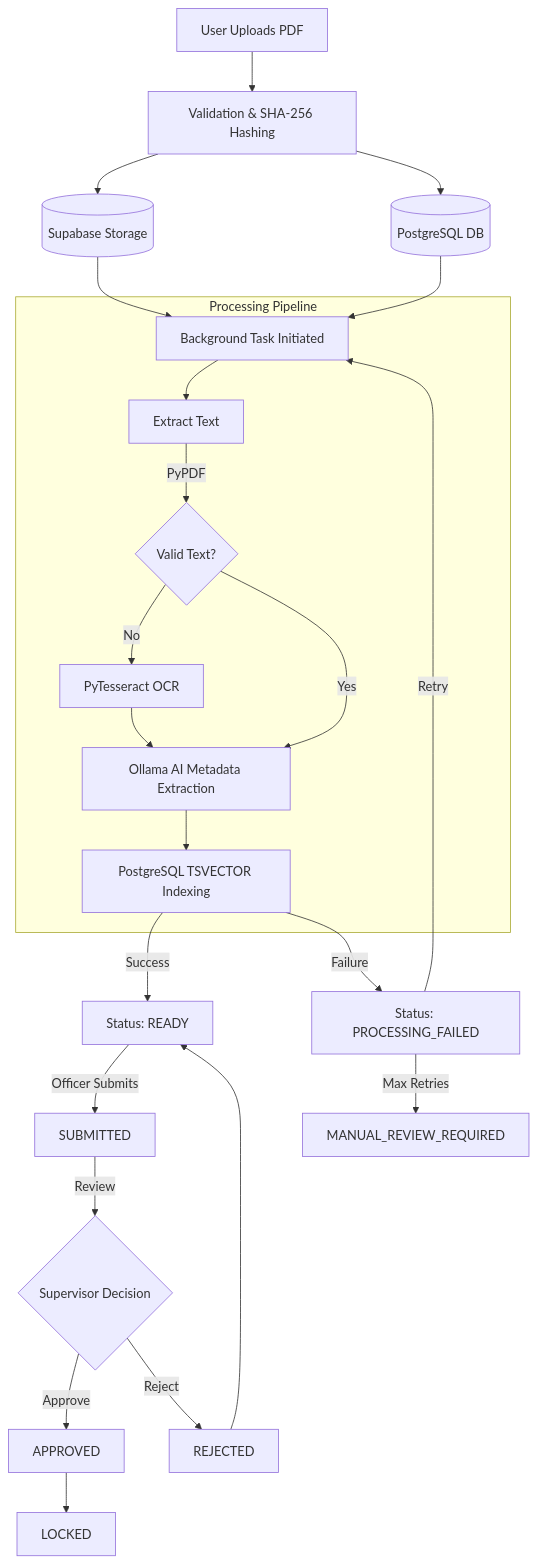
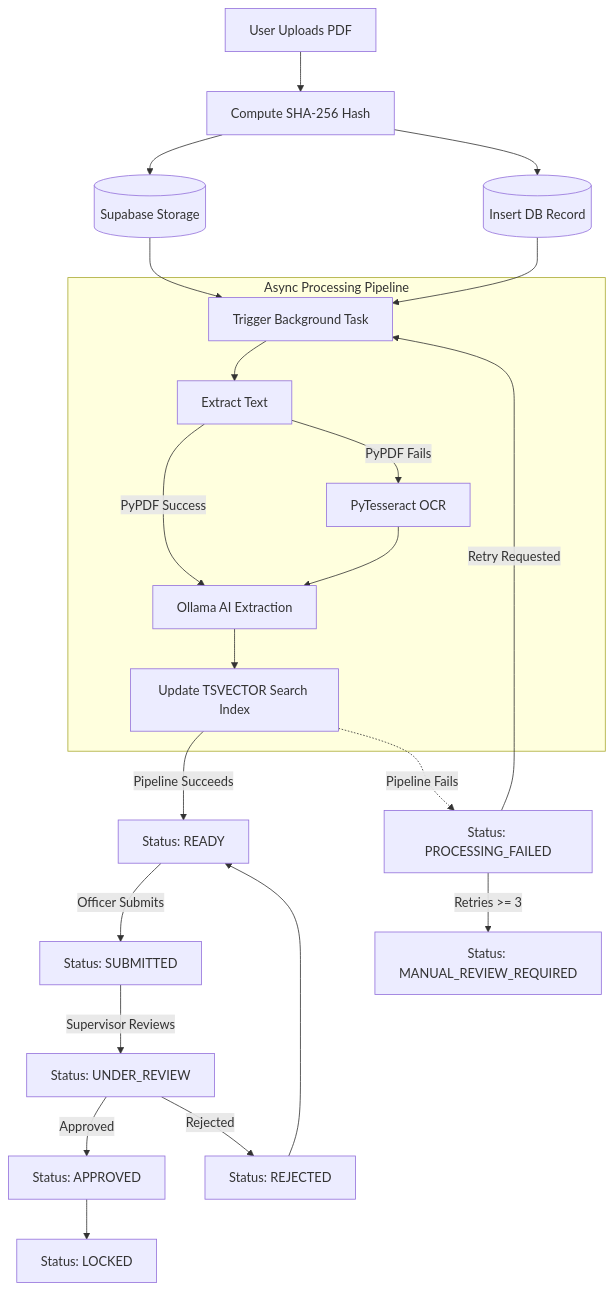
Before and after one commit to Prabhanshu2025B0384/SDMS: the first of 3 diagrams in README.md, drawn with Mermaid. The commit also changed other lines of this file, not shown here.

````diff
--- a/README.md
+++ b/README.md
@@ -100,35 +83,33 @@
 ```mermaid
 graph TD
-    %% User Action
-    A[User Uploads PDF] --> B[Validation & SHA-256 Hashing]
+    %% User Action Phase
+    UserAction[User Uploads PDF] --> ComputeHash[Compute SHA-256 Hash]
     
-    %% API / Storage Layer
-    B --> C[(Supabase Storage)]
-    B --> D[(PostgreSQL DB)]
+    %% Storage and Database Commit
+    ComputeHash --> UploadSupabase[(Supabase Storage)]
+    ComputeHash --> CreateDBRecord[(Insert DB Record)]
+    UploadSupabase & CreateDBRecord --> TriggerBackground[Trigger Background Task]
     
-    %% Background Processing
-    C & D --> E[Background Task Initiated]
-    
-    subgraph Processing Pipeline
-        E --> F[Extract Text]
-        F -->|PyPDF| G{Valid Text?}
-        G -- No --> H[PyTesseract OCR]
-        G -- Yes --> I
-        H --> I[Ollama AI Metadata Extraction]
-        I --> J[PostgreSQL TSVECTOR Indexing]
+    subgraph Async Processing Pipeline
+        TriggerBackground --> ExtractText[Extract Text]
+        ExtractText -->|PyPDF Success| AIMetadata
+        ExtractText -->|PyPDF Fails| OCR[PyTesseract OCR]
+        OCR --> AIMetadata[Ollama AI Extraction]
+        AIMetadata --> PostgresIndex[Update TSVECTOR Search Index]
     end
     
-    %% Final States
-    J -->|Success| K[Status: READY]
-    J -->|Failure| L[Status: PROCESSING_FAILED]
+    %% Pipeline Results
+    PostgresIndex -->|Pipeline Succeeds| StatusReady[Status: READY]
+    PostgresIndex -.->|Pipeline Fails| StatusFailed[Status: PROCESSING_FAILED]
     
-    L -->|Retry| E
-    L -->|Max Retries| M[MANUAL_REVIEW_REQUIRED]
+    StatusFailed -->|Retry Requested| TriggerBackground
+    StatusFailed -->|Retries >= 3| StatusManual[Status: MANUAL_REVIEW_REQUIRED]
     
-    K -->|Officer Submits| N[SUBMITTED]
-    N -->|Review| O{Supervisor Decision}
-    O -- Approve --> P[APPROVED]
-    O -- Reject --> Q[REJECTED]
-    P --> R[LOCKED]
-    Q --> K
+    %% Approval State Machine
+    StatusReady -->|Officer Submits| StatusSubmitted[Status: SUBMITTED]
+    StatusSubmitted -->|Supervisor Reviews| StatusReview[Status: UNDER_REVIEW]
+    StatusReview -->|Approved| StatusApproved[Status: APPROVED]
+    StatusReview -->|Rejected| StatusRejected[Status: REJECTED]
+    StatusRejected --> StatusReady
+    StatusApproved --> StatusLocked[Status: LOCKED]
 ```
````
